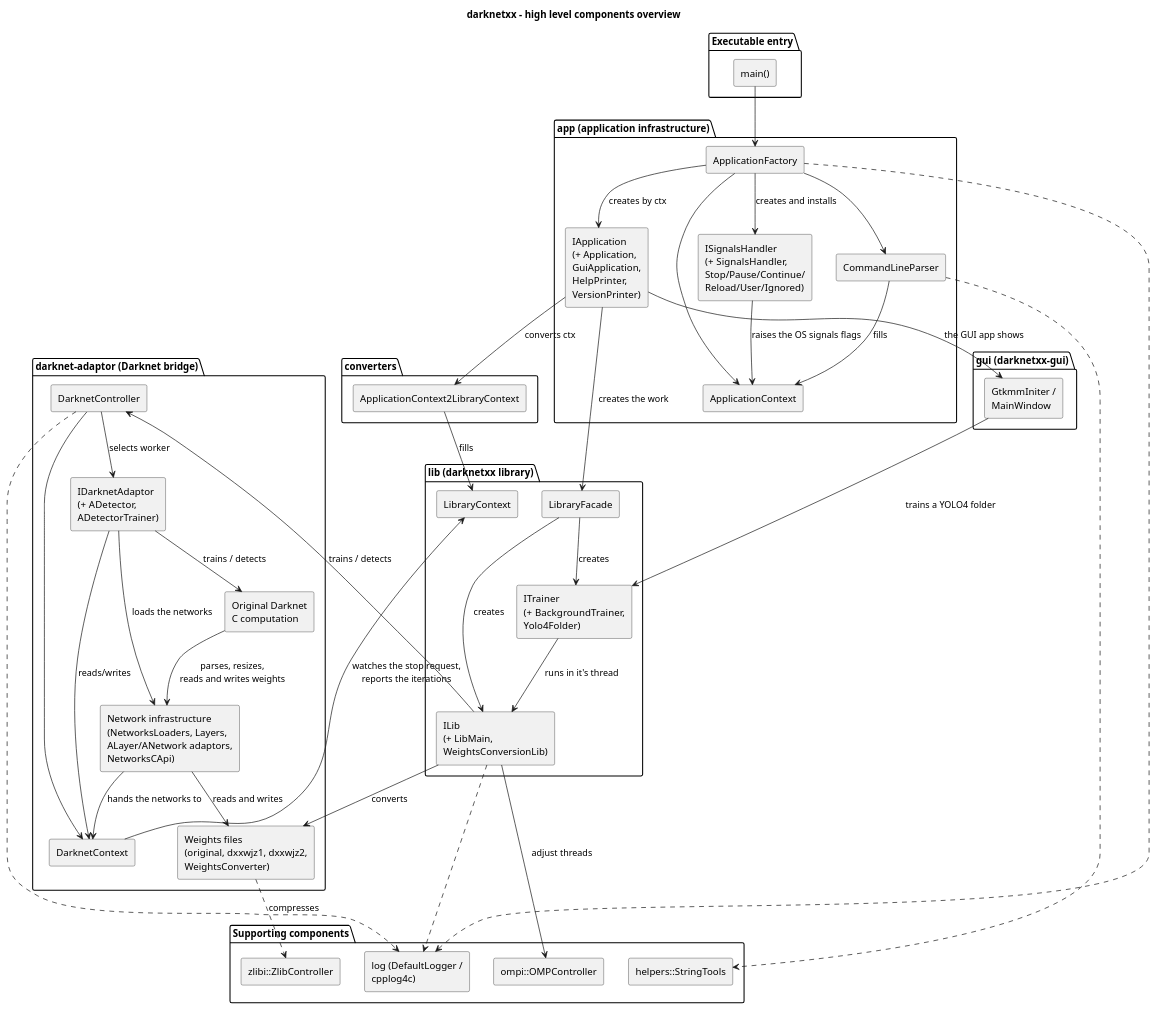
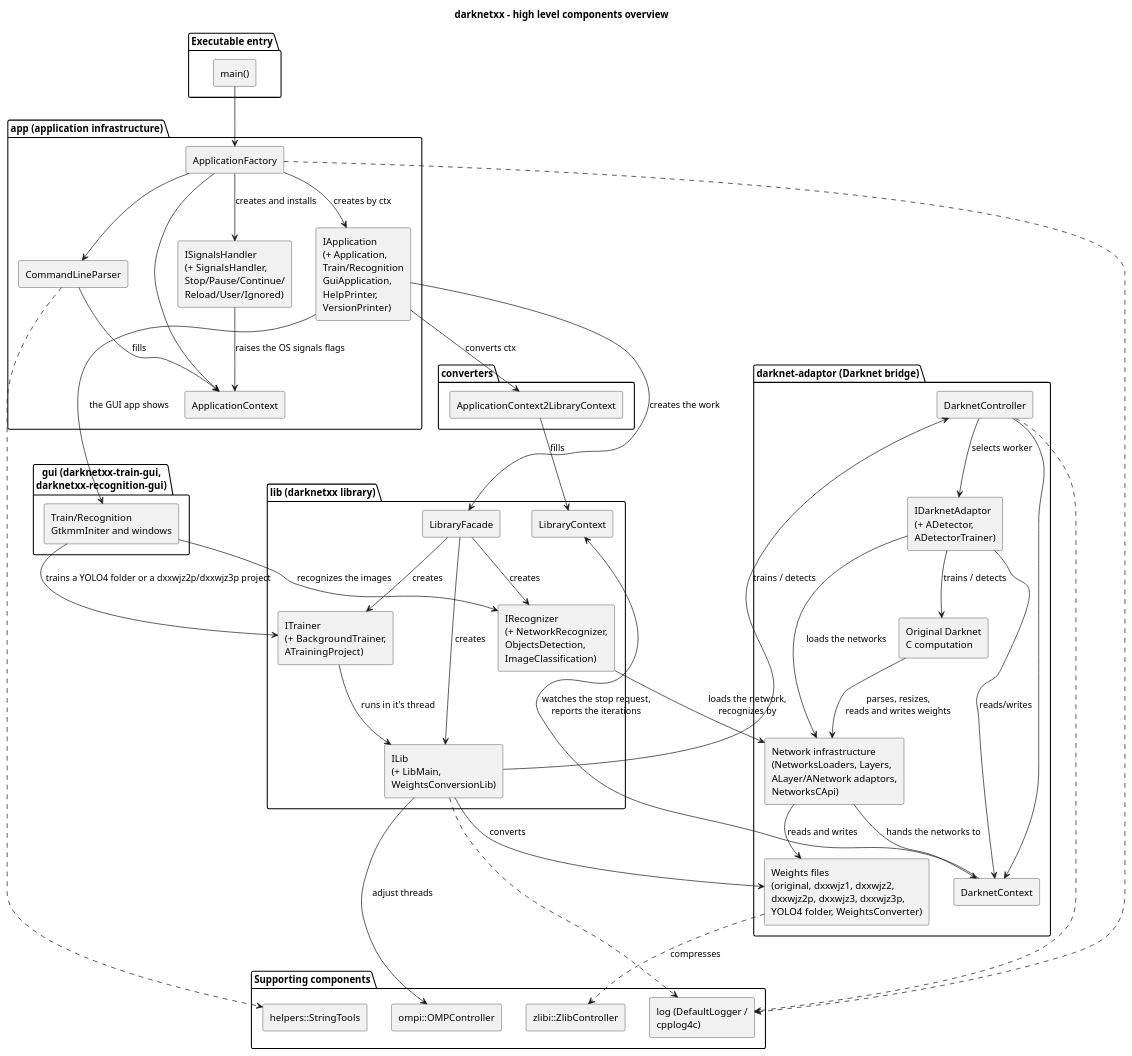
The diagram in doc/diagrams/components-overview.puml (yuriysydor1991/darknetxx), drawn with PlantUML before and after one commit. The commit also changed 40 other files, not shown here.

```diff
--- a/doc/diagrams/components-overview.puml
+++ b/doc/diagrams/components-overview.puml
@@ -1,83 +1,87 @@
 @startuml components-overview
 title darknetxx - high level components overview
 
 skinparam componentStyle rectangle
 skinparam shadowing false
 
 package "Executable entry" {
   [main()] as main
 }
 
 package "app (application infrastructure)" {
   [ApplicationFactory] as factory
   [CommandLineParser] as parser
   [ApplicationContext] as ctx
-  [IApplication\n(+ Application,\nGuiApplication,\nHelpPrinter,\nVersionPrinter)] as iapp
+  [IApplication\n(+ Application,\nTrain/Recognition\nGuiApplication,\nHelpPrinter,\nVersionPrinter)] as iapp
   [ISignalsHandler\n(+ SignalsHandler,\nStop/Pause/Continue/\nReload/User/Ignored)] as signals
 }
 
 package "converters" {
   [ApplicationContext2LibraryContext] as conv
 }
 
-package "gui (darknetxx-gui)" {
-  [GtkmmIniter /\nMainWindow] as gui
+package "gui (darknetxx-train-gui,\ndarknetxx-recognition-gui)" {
+  [Train/Recognition\nGtkmmIniter and windows] as gui
 }
 
 package "lib (darknetxx library)" {
   [LibraryFacade] as facade
   [LibraryContext] as lctx
   [ILib\n(+ LibMain,\nWeightsConversionLib)] as ilib
-  [ITrainer\n(+ BackgroundTrainer,\nYolo4Folder)] as trainer
+  [ITrainer\n(+ BackgroundTrainer,\nATrainingProject)] as trainer
+  [IRecognizer\n(+ NetworkRecognizer,\nObjectsDetection,\nImageClassification)] as recognizer
 }
 
 package "darknet-adaptor (Darknet bridge)" {
   [DarknetController] as dctrl
   [DarknetContext] as dctx
   [IDarknetAdaptor\n(+ ADetector,\nADetectorTrainer)] as adaptor
   [Network infrastructure\n(NetworksLoaders, Layers,\nALayer/ANetwork adaptors,\nNetworksCApi)] as netinfra
-  [Weights files\n(original, dxxwjz1, dxxwjz2,\nWeightsConverter)] as weights
+  [Weights files\n(original, dxxwjz1, dxxwjz2,\ndxxwjz2p, dxxwjz3, dxxwjz3p,\nYOLO4 folder, WeightsConverter)] as weights
   [Original Darknet\nC computation] as darknetc
 }
 
 package "Supporting components" {
   [ompi::OMPController] as omp
   [log (DefaultLogger /\ncpplog4c)] as log
   [helpers::StringTools] as helpers
   [zlibi::ZlibController] as zlib
 }
 
 main --> factory
 factory --> parser
 factory --> ctx
 factory --> iapp : creates by ctx
 factory --> signals : creates and installs
 signals --> ctx : raises the OS signals flags
 parser --> ctx : fills
 iapp --> conv : converts ctx
 conv --> lctx : fills
 iapp --> facade : creates the work
 iapp --> gui : the GUI app shows
-gui --> trainer : trains a YOLO4 folder
+gui --> trainer : trains a YOLO4 folder or a dxxwjz2p/dxxwjz3p project
+gui --> recognizer : recognizes the images
 facade --> ilib : creates
 facade --> trainer : creates
+facade --> recognizer : creates
+recognizer --> netinfra : loads the network,\nrecognizes by
 trainer --> ilib : runs in it's thread
 ilib --> omp : adjust threads
 ilib --> dctrl : trains / detects
 ilib --> weights : converts
 dctrl --> dctx
 dctx --> lctx : watches the stop request,\nreports the iterations
 dctrl --> adaptor : selects worker
 adaptor --> dctx : reads/writes
 adaptor --> netinfra : loads the networks
 netinfra --> dctx : hands the networks to
 adaptor --> darknetc : trains / detects
 darknetc --> netinfra : parses, resizes,\nreads and writes weights
 netinfra --> weights : reads and writes
 weights ..> zlib : compresses
 factory ..> log
 ilib ..> log
 dctrl ..> log
 parser ..> helpers
 
 @enduml
```
